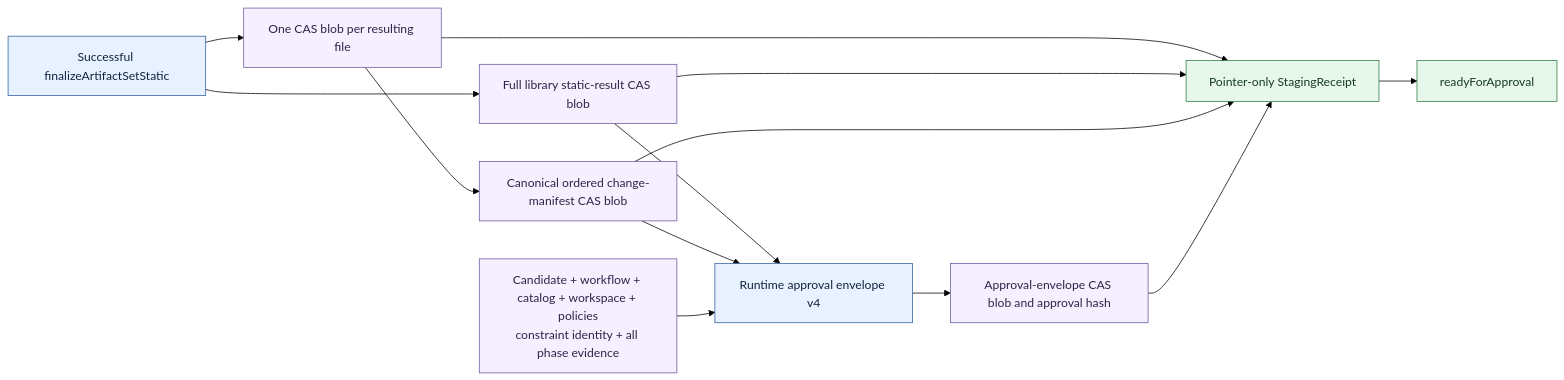
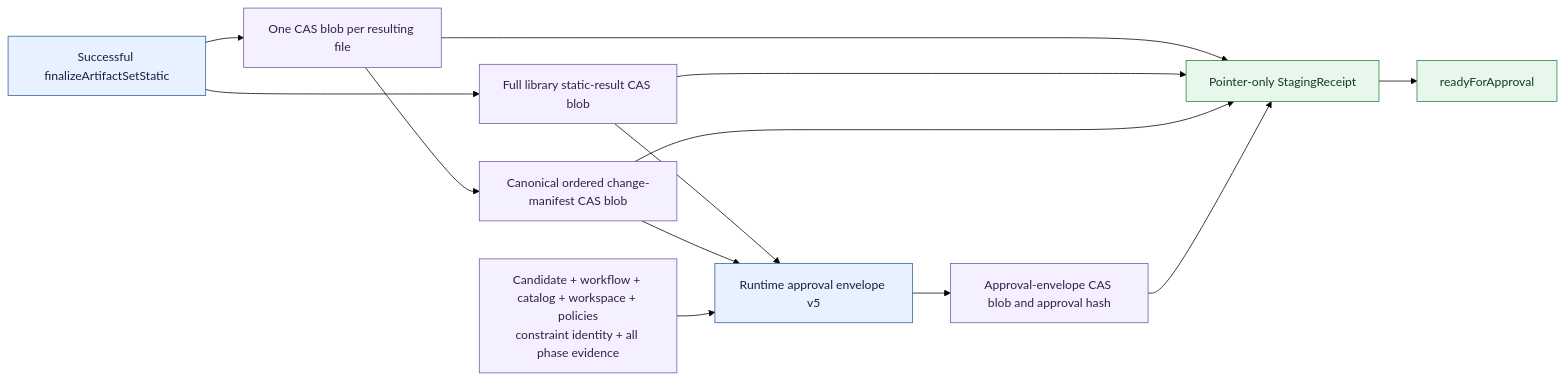
Diagram 11 of 12 in docs/synthesis-workflow-technical-design.md (AndrewRLachance/synthesize-regions), drawn with Mermaid (forest theme) before and after one commit. The commit also changed other lines of this file and 73 other files, not shown here.

````diff
--- a/docs/synthesis-workflow-technical-design.md
+++ b/docs/synthesis-workflow-technical-design.md
@@ -1510,22 +1652,22 @@
 ```mermaid
 flowchart LR
   finalization["Successful finalizeArtifactSetStatic"] --> fileBlobs["One CAS blob per resulting file"]
   finalization --> libraryBlob["Full library static-result CAS blob"]
   fileBlobs --> manifest["Canonical ordered change-manifest CAS blob"]
-  libraryBlob --> envelope["Runtime approval envelope v4"]
+  libraryBlob --> envelope["Runtime approval envelope v5"]
   manifest --> envelope
   evidence["Candidate + workflow + catalog + workspace + policies<br/>constraint identity + all phase evidence"] --> envelope
   envelope --> envelopeBlob["Approval-envelope CAS blob and approval hash"]
   fileBlobs --> receipt["Pointer-only StagingReceipt"]
   libraryBlob --> receipt
   manifest --> receipt
   envelopeBlob --> receipt
   receipt --> ready["readyForApproval"]
 
   classDef runtime fill:#e8f1ff,stroke:#315f9b,color:#10243e;
   classDef success fill:#e8f7ec,stroke:#2f7d43,color:#153b20;
   classDef infrastructure fill:#f4f0ff,stroke:#7057a3,color:#2f2347;
   class finalization,envelope runtime;
   class fileBlobs,libraryBlob,manifest,evidence,envelopeBlob infrastructure;
   class receipt,ready success;
 ```
````
